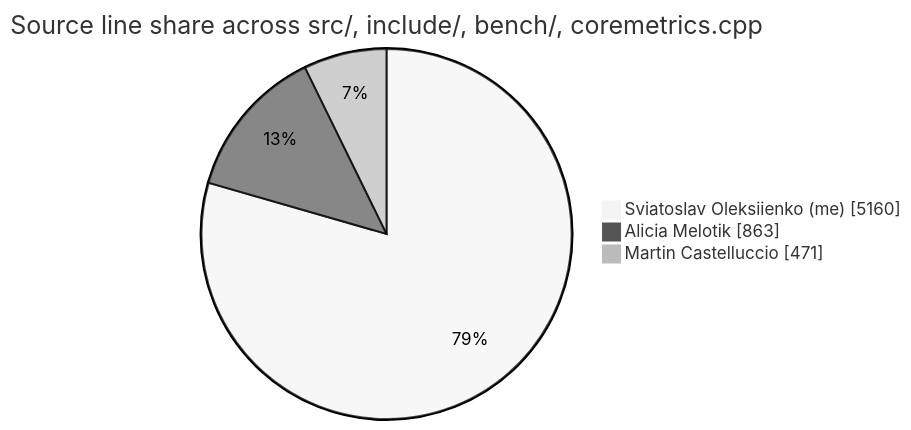
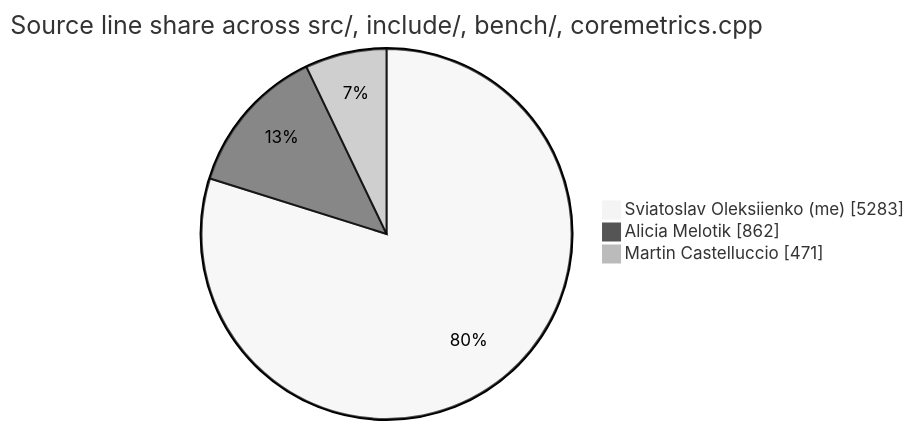
Before and after one commit to sviatil0/coremetrics: the second of 2 diagrams in README.md, drawn with Mermaid (neutral theme). The commit also changed other lines of this file and 2 other files, not shown here.

````diff
--- a/README.md
+++ b/README.md
@@ -352,7 +352,7 @@
 ```mermaid
 pie showData
     title Source line share across src/, include/, bench/, coremetrics.cpp
-    "Sviatoslav Oleksiienko (me)" : 5160
-    "Alicia Melotik" : 863
+    "Sviatoslav Oleksiienko (me)" : 5283
+    "Alicia Melotik" : 862
     "Martin Castelluccio" : 471
 ```
````
